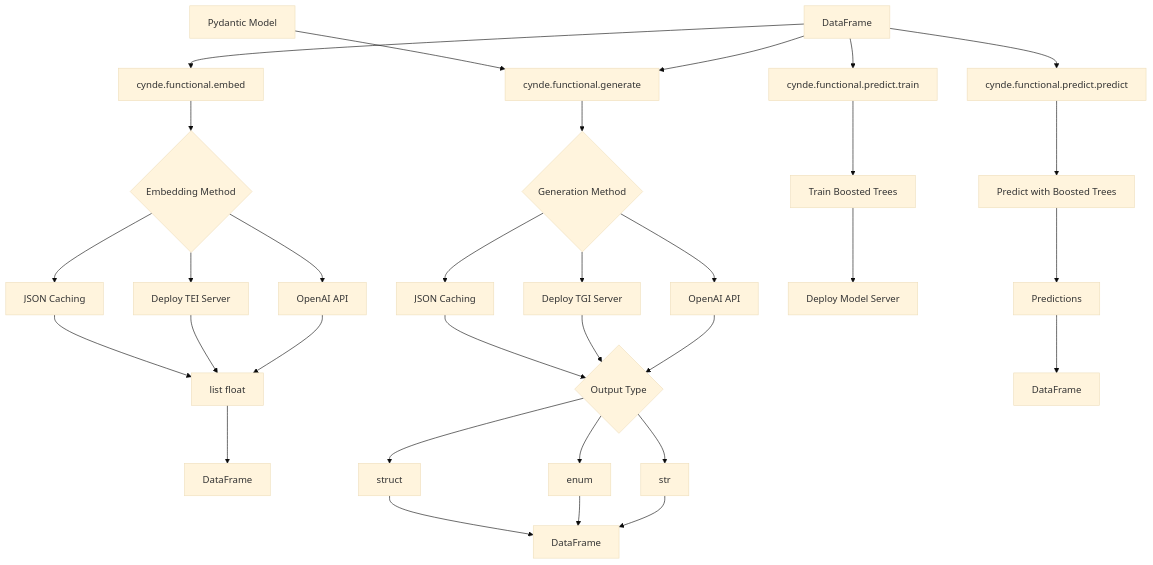
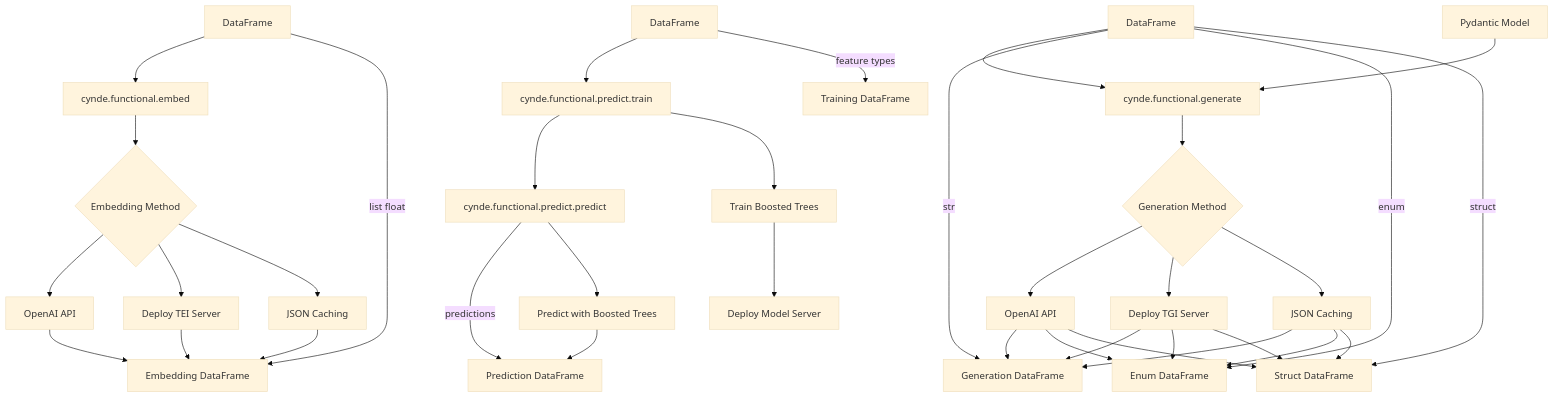
The diagram in drawings.md (Neural-Dragon-AI/Cynde), drawn with Mermaid (base theme) before and after one commit. The commit also changed other lines of this file, not shown here.

````diff
--- a/drawings.md
+++ b/drawings.md
@@ -3,39 +3,44 @@
 ```mermaid
 graph TD
     A[DataFrame] --> B[cynde.functional.embed]
-    A --> C[cynde.functional.generate]
-    A --> D[cynde.functional.predict.train]
-    A --> E[cynde.functional.predict.predict]
+    C[DataFrame] --> D[cynde.functional.generate]
+    E[DataFrame] --> F[cynde.functional.predict.train]
+    F --> G[cynde.functional.predict.predict]
 
-    B --> F{Embedding Method}
-    F --> G[OpenAI API]
-    F --> H[Deploy TEI Server]
-    F --> I[JSON Caching]
-    G --> J[list float]
-    H --> J
-    I --> J
-    J --> K[DataFrame]
+    H[Pydantic Model] --> D
 
-    C --> L{Generation Method}
-    L --> M[OpenAI API]
-    L --> N[Deploy TGI Server]
-    L --> O[JSON Caching]
-    M --> P{Output Type}
-    N --> P
-    O --> P
-    P --> Q[str]
-    P --> R[enum]
-    P --> S[struct]
-    Q --> T[DataFrame]
-    R --> T
-    S --> T
+    A --> |list float| I[Embedding DataFrame]
+    C --> |str| J[Generation DataFrame]
+    C --> |enum| K[Enum DataFrame]
+    C --> |struct| L[Struct DataFrame]
+    E --> |feature types| M[Training DataFrame]
+    G --> |predictions| N[Prediction DataFrame]
 
-    D --> U[Train Boosted Trees]
-    U --> V[Deploy Model Server]
+    B --> O{Embedding Method}
+    O --> P[OpenAI API]
+    O --> Q[Deploy TEI Server]
+    O --> R[JSON Caching]
+    P --> I
+    Q --> I
+    R --> I
 
-    E --> W[Predict with Boosted Trees]
-    W --> X[Predictions]
-    X --> Y[DataFrame]
+    D --> S{Generation Method}
+    S --> T[OpenAI API]
+    S --> U[Deploy TGI Server]
+    S --> V[JSON Caching]
+    T --> J
+    T --> K
+    T --> L
+    U --> J
+    U --> K
+    U --> L
+    V --> J
+    V --> K
+    V --> L
 
-    Z[Pydantic Model] --> C
+    F --> W[Train Boosted Trees]
+    W --> X[Deploy Model Server]
+
+    G --> Y[Predict with Boosted Trees]
+    Y --> N
 ```
````
